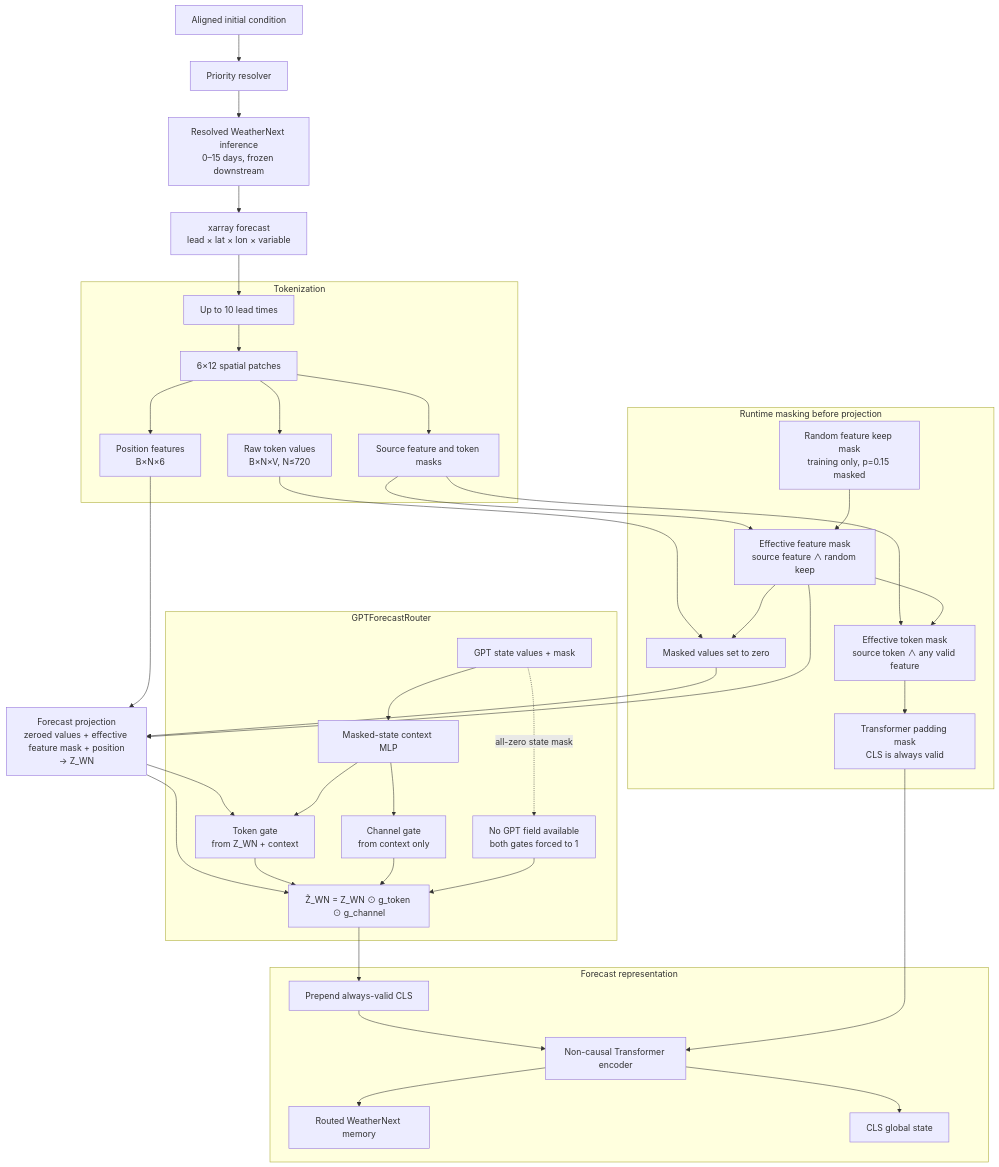
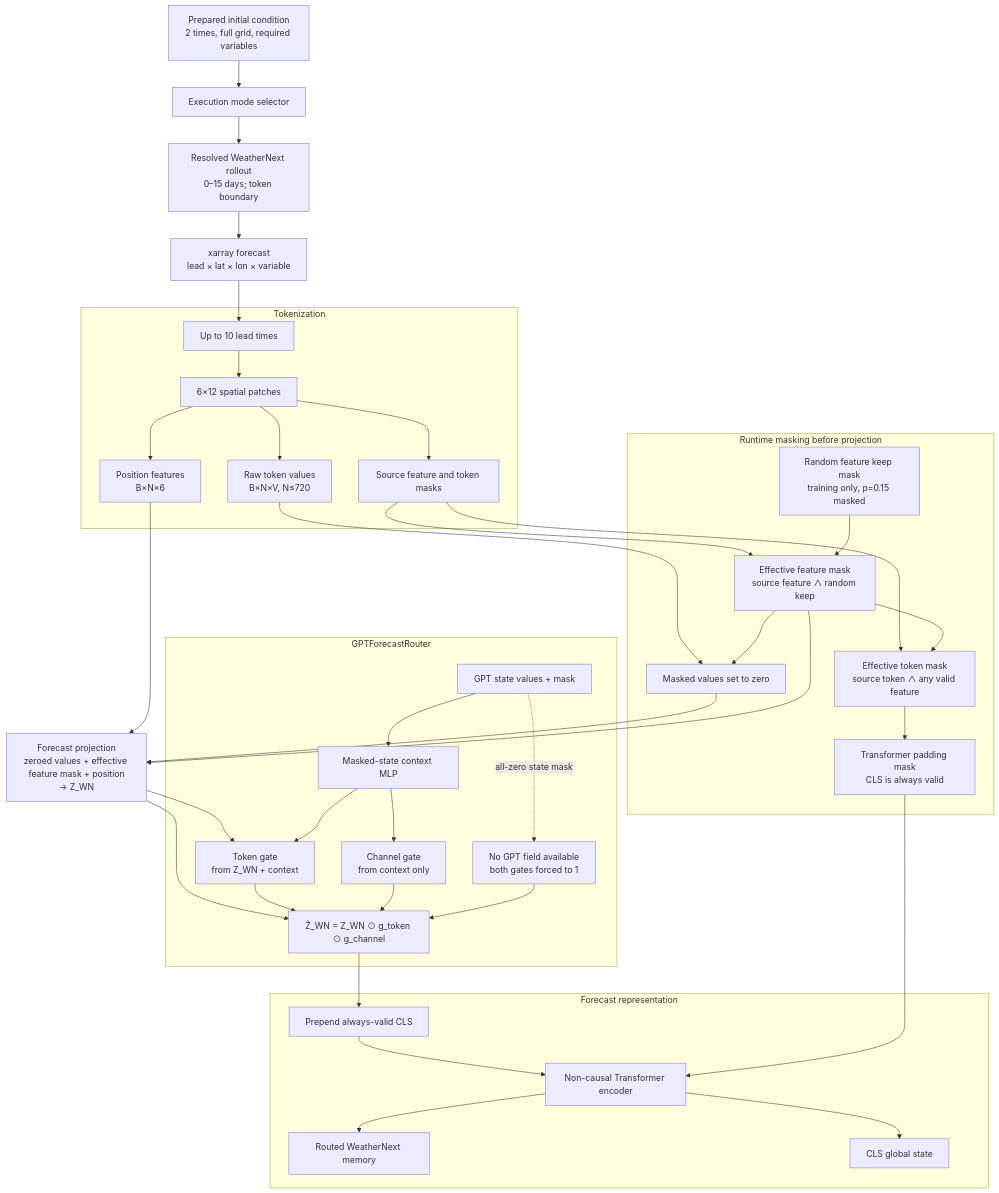
The diagram in struct-picture/02-weathernext-transformer.md (nayehyeon61-glitch/typnonn_preesure_data_loader), drawn with Mermaid before and after one commit. The commit also changed 20 other files, not shown here.

Commit message:
Add batched WeatherNext preparation modes

````diff
--- a/struct-picture/02-weathernext-transformer.md
+++ b/struct-picture/02-weathernext-transformer.md
@@ -5,78 +5,78 @@
 ```mermaid
 flowchart TB
-    INIT["Aligned initial condition"]
-    RES["Priority resolver"]
-    WN["Resolved WeatherNext inference<br/>0–15 days, frozen downstream"]
+    INIT["Prepared initial condition<br/>2 times, full grid, required variables"]
+    RES["Execution mode selector"]
+    WN["Resolved WeatherNext rollout<br/>0–15 days; token boundary"]
     XR["xarray forecast<br/>lead × lat × lon × variable"]
 
     INIT --> RES
     RES --> WN
     WN --> XR
 
     subgraph TOK["Tokenization"]
         SELECT["Up to 10 lead times"]
         PATCH["6×12 spatial patches"]
         VALUES["Raw token values<br/>B×N×V, N≤720"]
         POS["Position features<br/>B×N×6"]
         SOURCE_MASKS["Source feature and token masks"]
     end
 
     XR --> SELECT
     SELECT --> PATCH
     PATCH --> VALUES
     PATCH --> POS
     PATCH --> SOURCE_MASKS
 
     subgraph MASKING["Runtime masking before projection"]
         RANDOM["Random feature keep mask<br/>training only, p=0.15 masked"]
         EFFECTIVE_FEATURE["Effective feature mask<br/>source feature ∧ random keep"]
         ZERO["Masked values set to zero"]
         EFFECTIVE_TOKEN["Effective token mask<br/>source token ∧ any valid feature"]
         PADDING["Transformer padding mask<br/>CLS is always valid"]
     end
 
     SOURCE_MASKS --> EFFECTIVE_FEATURE
     RANDOM --> EFFECTIVE_FEATURE
     VALUES --> ZERO
     EFFECTIVE_FEATURE --> ZERO
     SOURCE_MASKS --> EFFECTIVE_TOKEN
     EFFECTIVE_FEATURE --> EFFECTIVE_TOKEN
     EFFECTIVE_TOKEN --> PADDING
 
     PROJ["Forecast projection<br/>zeroed values + effective feature mask + position<br/>→ Z_WN"]
     ZERO --> PROJ
     EFFECTIVE_FEATURE --> PROJ
     POS --> PROJ
 
     subgraph ROUTER["GPTForecastRouter"]
         GPT["GPT state values + mask"]
         CTX["Masked-state context MLP"]
         TG["Token gate<br/>from Z_WN + context"]
         CG["Channel gate<br/>from context only"]
         ROUTE["Z̃_WN = Z_WN ⊙ g_token ⊙ g_channel"]
         ID["No GPT field available<br/>both gates forced to 1"]
     end
 
     GPT --> CTX
     PROJ --> TG
     CTX --> TG
     CTX --> CG
     PROJ --> ROUTE
     TG --> ROUTE
     CG --> ROUTE
     GPT -. "all-zero state mask" .-> ID
     ID --> ROUTE
 
     subgraph ENCODER["Forecast representation"]
         CLS["Prepend always-valid CLS"]
         TF["Non-causal Transformer encoder"]
         MEMORY["Routed WeatherNext memory"]
         GLOBAL["CLS global state"]
     end
 
     ROUTE --> CLS
     CLS --> TF
     PADDING --> TF
     TF --> MEMORY
     TF --> GLOBAL
 ```
````
